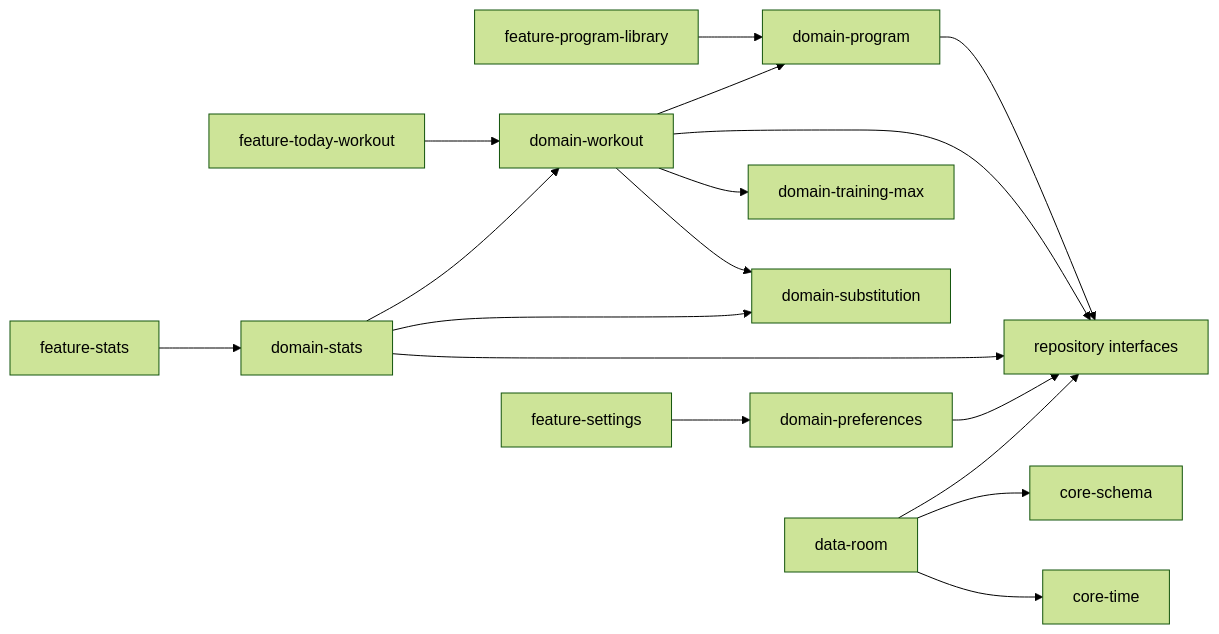
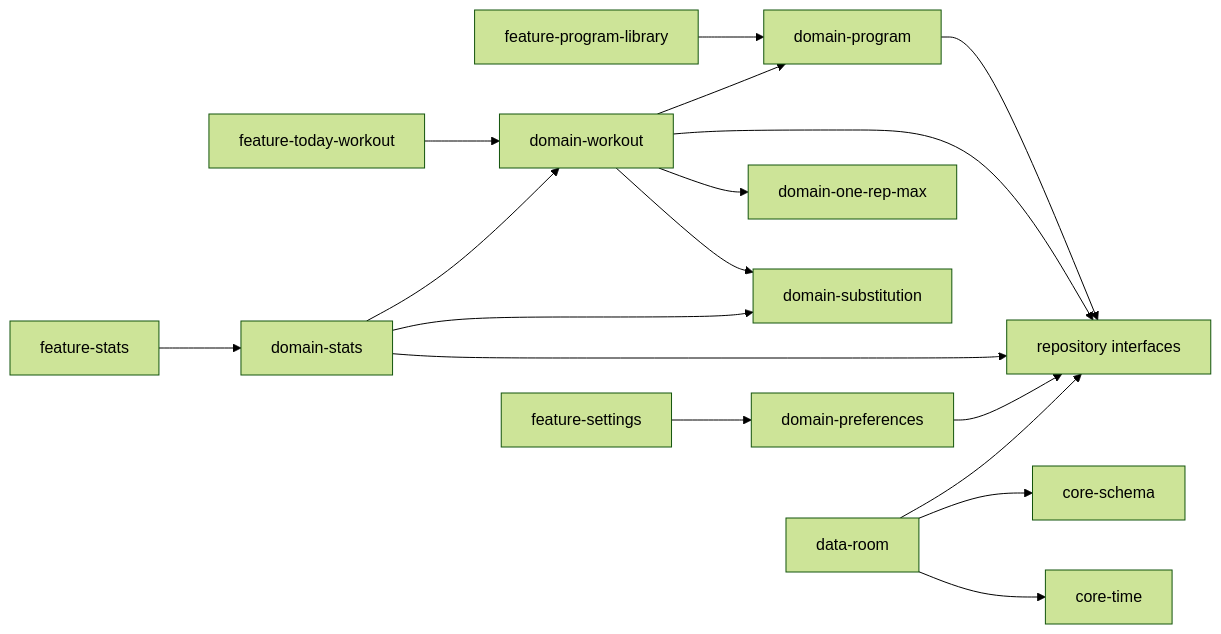
The fourth of 15 diagrams in docs/architecture.md (BerserkerDotNet/Liftorium), drawn with Mermaid (forest theme) before and after one commit. The commit also changed other lines of this file and 102 other files, not shown here.

````diff
--- a/docs/architecture.md
+++ b/docs/architecture.md
@@ -181,20 +181,20 @@
 ```mermaid
 flowchart LR
     FeatureLibrary[feature-program-library] --> DomainProgram[domain-program]
     FeatureToday[feature-today-workout] --> DomainWorkout[domain-workout]
     FeatureStats[feature-stats] --> DomainStats[domain-stats]
     FeatureSettings[feature-settings] --> DomainPrefs[domain-preferences]
 
     DomainWorkout --> DomainProgram
-    DomainWorkout --> DomainTraining[domain-training-max]
+    DomainWorkout --> DomainTraining[domain-one-rep-max]
     DomainWorkout --> DomainSub[domain-substitution]
     DomainStats --> DomainWorkout
     DomainStats --> DomainSub
     DomainProgram --> RepoIf[repository interfaces]
     DomainWorkout --> RepoIf
     DomainStats --> RepoIf
     DomainPrefs --> RepoIf
     Data[data-room] --> RepoIf
     Data --> CoreSchema[core-schema]
     Data --> CoreTime[core-time]
 ```
````
